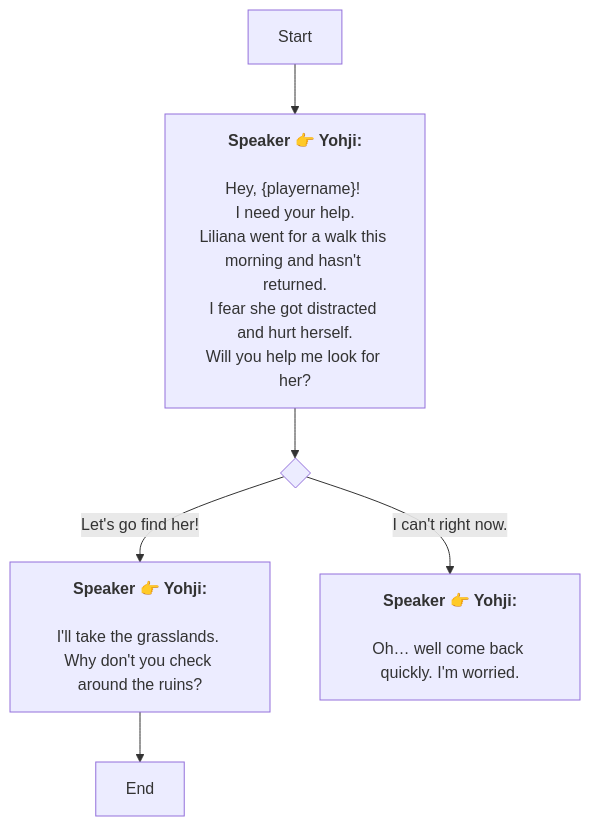
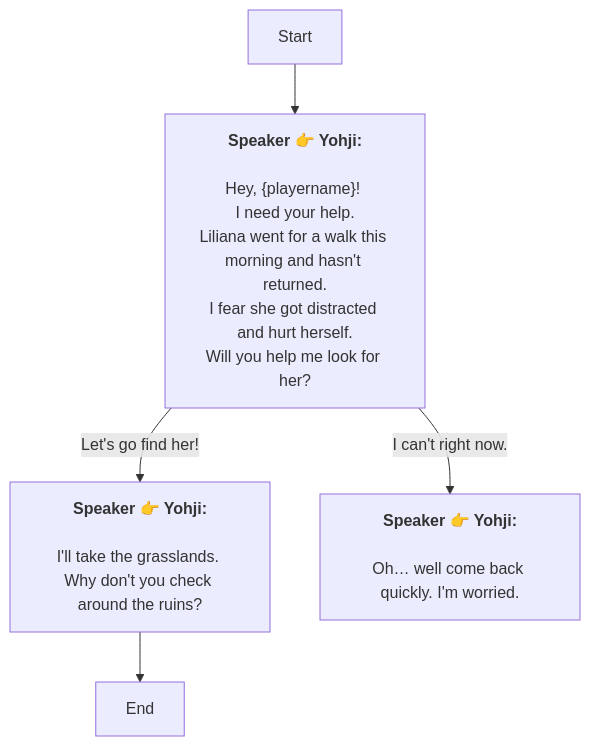
Before and after one commit to SoftHu/tos_avg: the diagram in En/Dialog_55285791394149.md, drawn with Mermaid. The commit also changed 737 other files, not shown here.

````diff
--- a/En/Dialog_55285791394149.md
+++ b/En/Dialog_55285791394149.md
@@ -1,20 +1,14 @@
 ```mermaid
 graph
 Start -->1769145372601380[<b>Speaker 👉 Yohji:</b>
-
-Hey, &lbrace;playername&rbrace;! 
-I need your help.
-Liliana went for a walk this morning and hasn't returned.
-I fear she got distracted and hurt herself.
-Will you help me look for her?]
-1769145372601380 -->1769145408236581{ }
-1769145408236581 -->|Let's go find her!|1769145434147883[<b>Speaker 👉 Yohji:</b>
-
-I'll take the grasslands. 
+\nHey, &lbrace;playername&rbrace;! 
+I need your help.\nLiliana went for a walk this morning and hasn't returned.
+I fear she got distracted and hurt herself.\nWill you help me look for her?]
+1769145372601380 -->|Let's go find her!|1769145434147883[<b>Speaker 👉 Yohji:</b>
+\nI'll take the grasslands. 
 Why don't you check around the ruins?]
-1769145408236581 -->|I can't right now.|1769145495192623[<b>Speaker 👉 Yohji:</b>
-
-Oh… well come back quickly. I'm worried.]
+1769145372601380 -->|I can't right now.|1769145495192623[<b>Speaker 👉 Yohji:</b>
+\nOh… well come back quickly. I'm worried.]
 1769145434147883 -->1769145370201123[End]
 
- ```
+```
````
